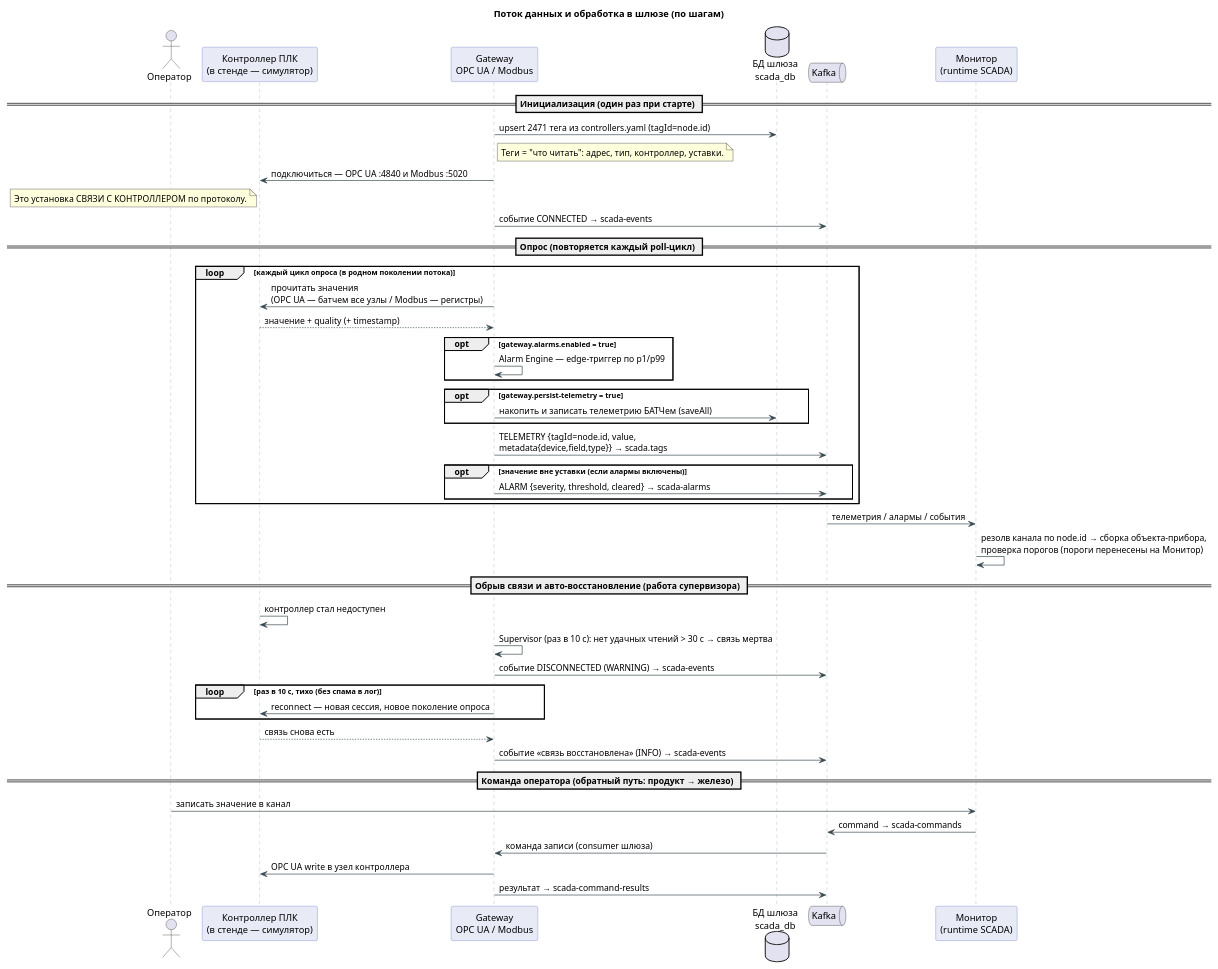
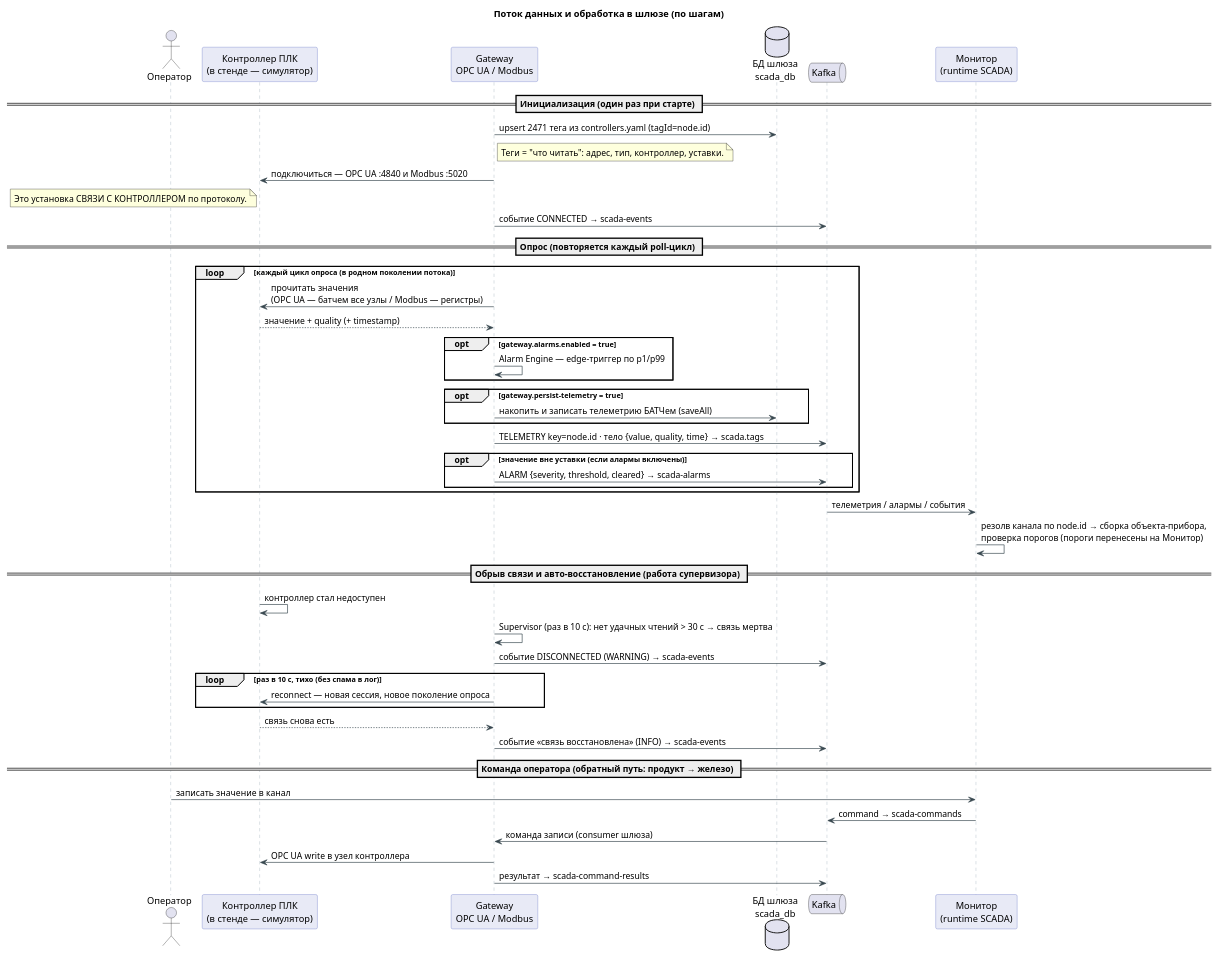
The second of 3 diagrams in docs/architecture.puml (EuZireael/scada-gateway), drawn with PlantUML before and after one commit. The commit also changed other lines of this file and 2 other files, not shown here.

First line of the commit message:
Документация: TelemetryMessage — реальный тонкий формат провода (вариант A)

```diff
--- a/docs/architecture.puml
+++ b/docs/architecture.puml
@@ -196,65 +197,65 @@
 @startuml SCADA-Gateway-Dataflow
 ' ============================================================================
 '  Поток данных во времени: контроллер → шлюз → Kafka → монитор
 '  (+ авто-reconnect супервизором, алармы, команда оператора)
 ' ============================================================================
 title Поток данных и обработка в шлюзе (по шагам)
 
 skinparam shadowing false
 skinparam defaultFontName "Segoe UI"
 skinparam sequence {
   ArrowColor #37474F
   LifeLineBorderColor #90A4AE
   ParticipantBorderColor #5C6BC0
   ParticipantBackgroundColor #E8EAF6
 }
 
 actor "Оператор" as OP
 participant "Контроллер ПЛК\n(в стенде — симулятор)" as PLC
 participant "Gateway\nOPC UA / Modbus" as GW
 database "БД шлюза\nscada_db" as DB
 queue "Kafka" as K
 participant "Монитор\n(runtime SCADA)" as MON
 
 == Инициализация (один раз при старте) ==
 GW -> DB : upsert 2471 тега из controllers.yaml (tagId=node.id)
 note right of GW : Теги = "что читать": адрес, тип, контроллер, уставки.
 GW -> PLC : подключиться — OPC UA :4840 и Modbus :5020
 note left of PLC : Это установка СВЯЗИ С КОНТРОЛЛЕРОМ по протоколу.
 GW -> K   : событие CONNECTED → scada-events
 
 == Опрос (повторяется каждый poll-цикл) ==
 loop каждый цикл опроса (в родном поколении потока)
   GW -> PLC : прочитать значения\n(OPC UA — батчем все узлы / Modbus — регистры)
   PLC --> GW : значение + quality (+ timestamp)
   opt gateway.alarms.enabled = true
     GW -> GW : Alarm Engine — edge-триггер по p1/p99
   end
   opt gateway.persist-telemetry = true
     GW -> DB : накопить и записать телеметрию БАТЧем (saveAll)
   end
-  GW -> K  : TELEMETRY {tagId=node.id, value,\nmetadata{device,field,type}} → scada.tags
+  GW -> K  : TELEMETRY  key=node.id · тело {value, quality, time} → scada.tags
   opt значение вне уставки (если алармы включены)
     GW -> K : ALARM {severity, threshold, cleared} → scada-alarms
   end
 end
 K -> MON : телеметрия / алармы / события
 MON -> MON : резолв канала по node.id → сборка объекта-прибора,\nпроверка порогов (пороги перенесены на Монитор)
 
 == Обрыв связи и авто-восстановление (работа супервизора) ==
 PLC -> PLC : контроллер стал недоступен
 GW -> GW   : Supervisor (раз в 10 с): нет удачных чтений > 30 c → связь мертва
 GW -> K    : событие DISCONNECTED (WARNING) → scada-events
 loop раз в 10 c, тихо (без спама в лог)
   GW -> PLC : reconnect — новая сессия, новое поколение опроса
 end
 PLC --> GW : связь снова есть
 GW -> K    : событие «связь восстановлена» (INFO) → scada-events
 
 == Команда оператора (обратный путь: продукт → железо) ==
 OP -> MON : записать значение в канал
 MON -> K  : command → scada-commands
 K -> GW   : команда записи (consumer шлюза)
 GW -> PLC : OPC UA write в узел контроллера
 GW -> K   : результат → scada-command-results
 @enduml
```
